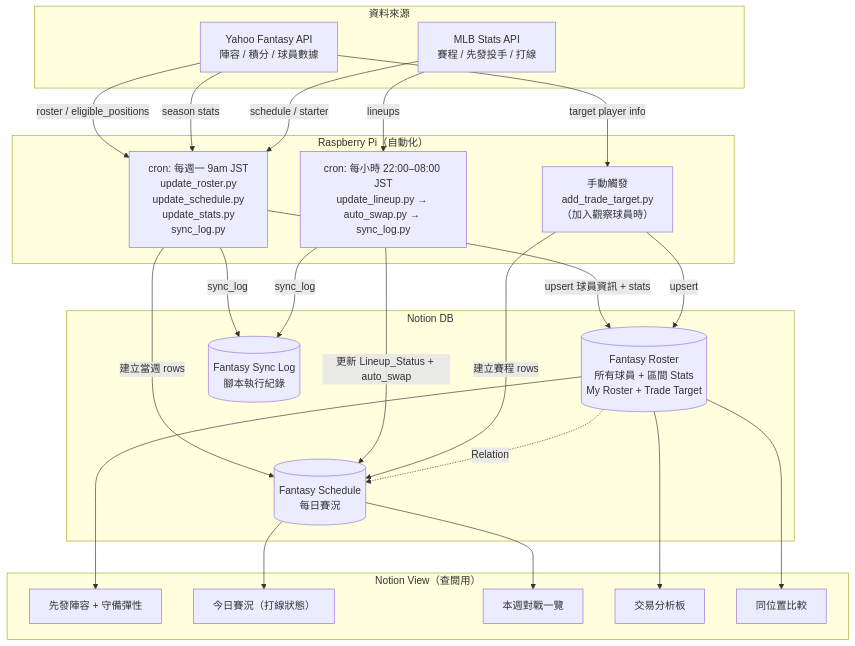
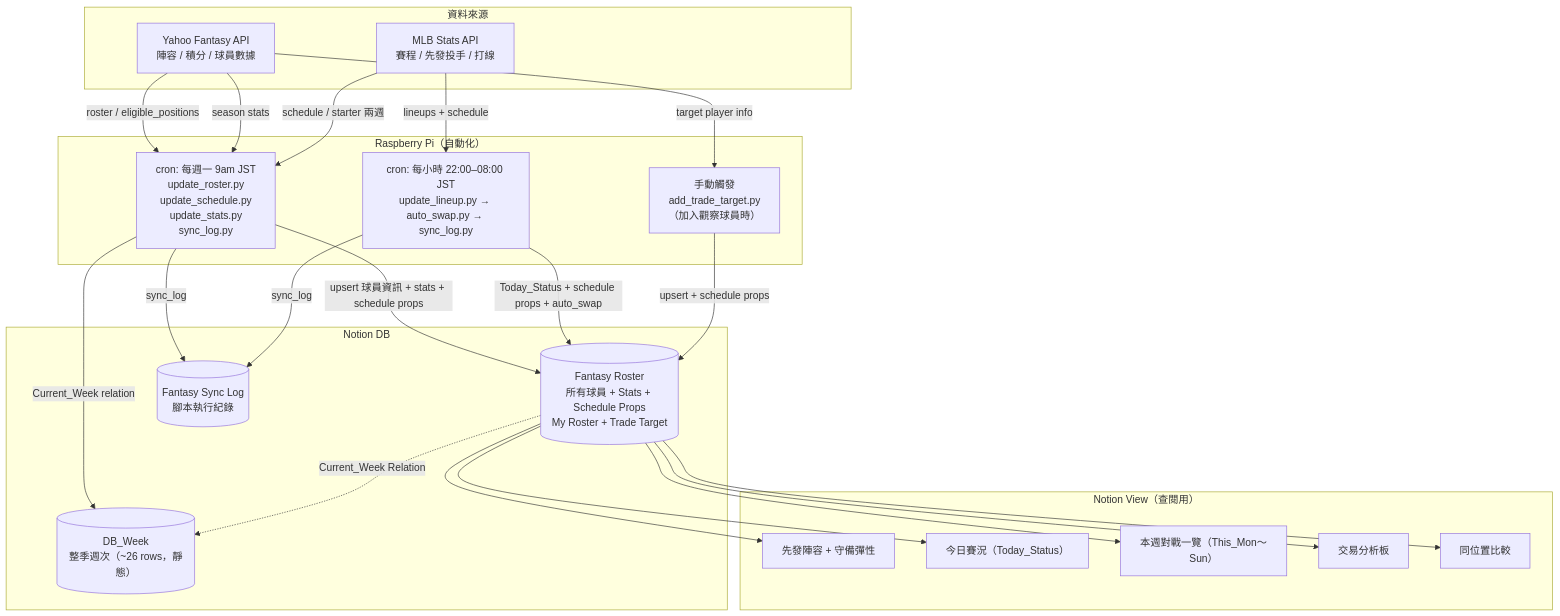
Before and after one commit to poyao-wang/fantasy-baseball: the diagram in notion-plan.md, drawn with Mermaid. The commit also changed other lines of this file and 8 other files, not shown here.

````diff
--- a/notion-plan.md
+++ b/notion-plan.md
@@ -5,46 +5,45 @@
 ```mermaid
 flowchart TD
     subgraph Sources["資料來源"]
         Y[Yahoo Fantasy API<br/>陣容 / 積分 / 球員數據]
         M[MLB Stats API<br/>賽程 / 先發投手 / 打線]
     end
 
     subgraph RPi["Raspberry Pi（自動化）"]
         S1["cron: 每週一 9am JST<br/>update_roster.py<br/>update_schedule.py<br/>update_stats.py<br/>sync_log.py"]
         S2["cron: 每小時 22:00–08:00 JST<br/>update_lineup.py → auto_swap.py → sync_log.py"]
         S3["手動觸發<br/>add_trade_target.py<br/>（加入觀察球員時）"]
     end
 
     subgraph Notion["Notion DB"]
-        DB1[("Fantasy Roster<br/>所有球員 + 區間 Stats<br/>My Roster + Trade Target")]
-        DB2[("Fantasy Schedule<br/>每日賽況")]
+        DB1[("Fantasy Roster<br/>所有球員 + Stats + Schedule Props<br/>My Roster + Trade Target")]
+        DBW[("DB_Week<br/>整季週次（~26 rows，靜態）")]
         DB4[("Fantasy Sync Log<br/>腳本執行紀錄")]
     end
 
     subgraph Views["Notion View（查閱用）"]
         V1["先發陣容 + 守備彈性"]
-        V2["今日賽況（打線狀態）"]
-        V3["本週對戰一覽"]
+        V2["今日賽況（Today_Status）"]
+        V3["本週對戰一覽（This_Mon～Sun）"]
         V4["交易分析板"]
         V5["同位置比較"]
     end
 
     Y -->|roster / eligible_positions| S1
     Y -->|season stats| S1
-    M -->|schedule / starter| S1
-    M -->|lineups| S2
+    M -->|schedule / starter 兩週| S1
+    M -->|lineups + schedule| S2
     Y -->|target player info| S3
-    S1 -->|upsert 球員資訊 + stats| DB1
-    S1 -->|建立當週 rows| DB2
+    S1 -->|upsert 球員資訊 + stats + schedule props| DB1
+    S1 -->|Current_Week relation| DBW
     S1 -->|sync_log| DB4
-    S2 -->|更新 Lineup_Status + auto_swap| DB2
+    S2 -->|Today_Status + schedule props + auto_swap| DB1
     S2 -->|sync_log| DB4
-    S3 -->|upsert| DB1
-    S3 -->|建立賽程 rows| DB2
+    S3 -->|upsert + schedule props| DB1
     DB1 --> V1
-    DB2 --> V2
-    DB2 --> V3
+    DB1 --> V2
+    DB1 --> V3
     DB1 --> V4
     DB1 --> V5
-    DB1 -.->|Relation| DB2
+    DB1 -.->|Current_Week Relation| DBW
 ```
````
